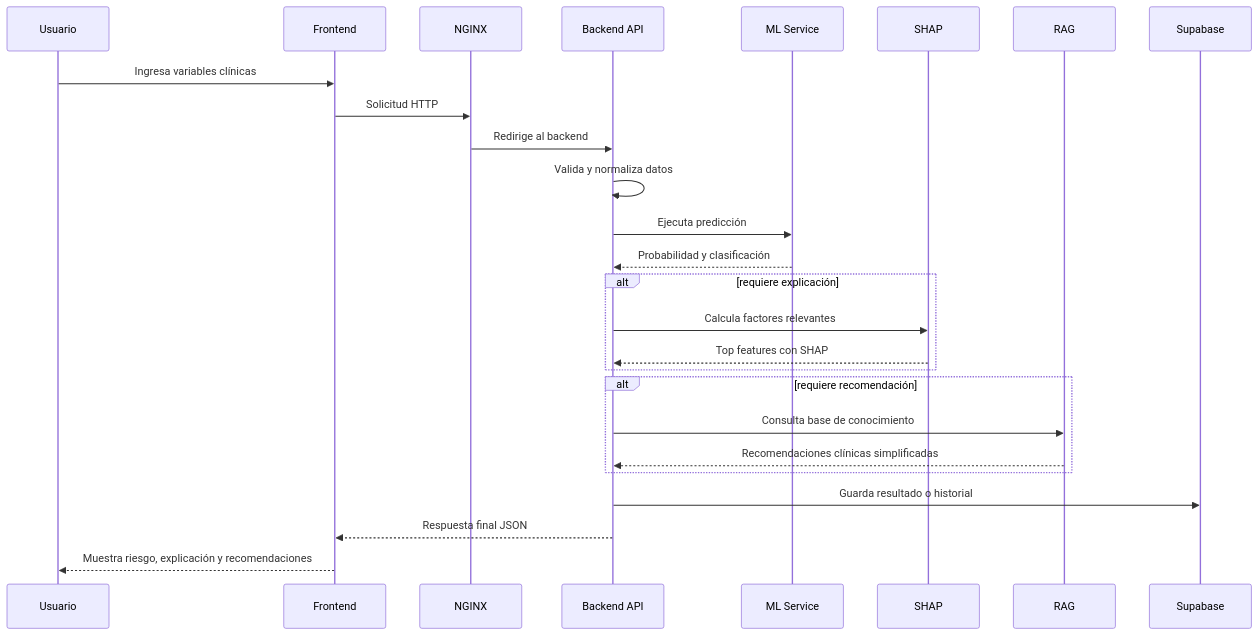
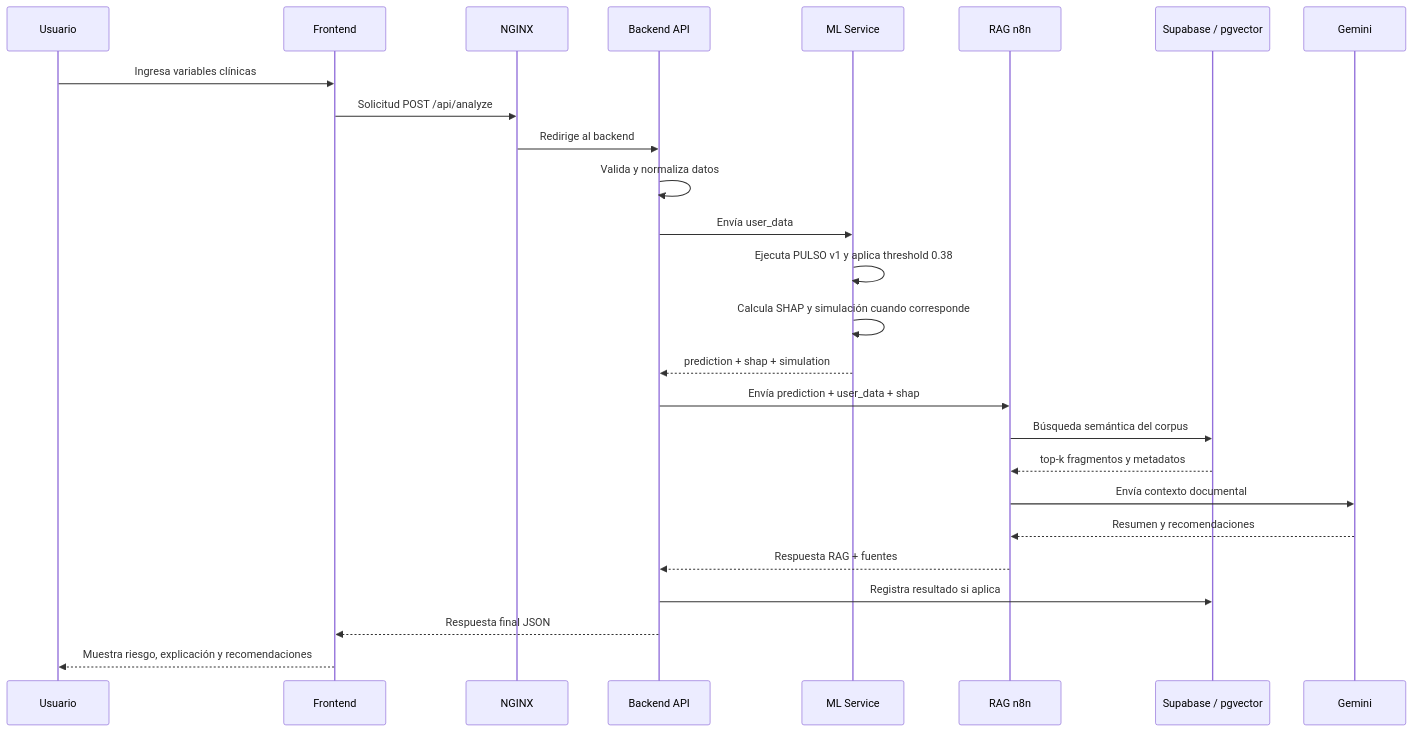
One commit to acoronellm/PULSO changed the third of 3 diagrams in SegundoInforme.md. Above: the diagram before and after it, drawn with Mermaid. The commit also changed other lines of this file, not shown here.

Commit message:
refactor(diagram): Update flowcharts for improved clarity and detail

````diff
--- a/SegundoInforme.md
+++ b/SegundoInforme.md
@@ -832,29 +863,29 @@
 ```mermaid
 sequenceDiagram
     participant U as Usuario
     participant F as Frontend
     participant N as NGINX
     participant B as Backend API
     participant M as ML Service
-    participant SH as SHAP
-    participant R as RAG
-    participant DB as Supabase
+    participant R as RAG n8n
+    participant DB as Supabase / pgvector
+    participant G as Gemini
 
     U->>F: Ingresa variables clínicas
-    F->>N: Solicitud HTTP
+    F->>N: Solicitud POST /api/analyze
     N->>B: Redirige al backend
     B->>B: Valida y normaliza datos
-    B->>M: Ejecuta predicción
-    M-->>B: Probabilidad y clasificación
-    alt requiere explicación
-        B->>SH: Calcula factores relevantes
-        SH-->>B: Top features con SHAP
-    end
-    alt requiere recomendación
-        B->>R: Consulta base de conocimiento
-        R-->>B: Recomendaciones clínicas simplificadas
-    end
-    B->>DB: Guarda resultado o historial
+    B->>M: Envía user_data
+    M->>M: Ejecuta PULSO v1 y aplica threshold 0.38
+    M->>M: Calcula SHAP y simulación cuando corresponde
+    M-->>B: prediction + shap + simulation
+    B->>R: Envía prediction + user_data + shap
+    R->>DB: Búsqueda semántica del corpus
+    DB-->>R: top-k fragmentos y metadatos
+    R->>G: Envía contexto documental
+    G-->>R: Resumen y recomendaciones
+    R-->>B: Respuesta RAG + fuentes
+    B->>DB: Registra resultado si aplica
     B-->>F: Respuesta final JSON
     F-->>U: Muestra riesgo, explicación y recomendaciones
 ```
````
